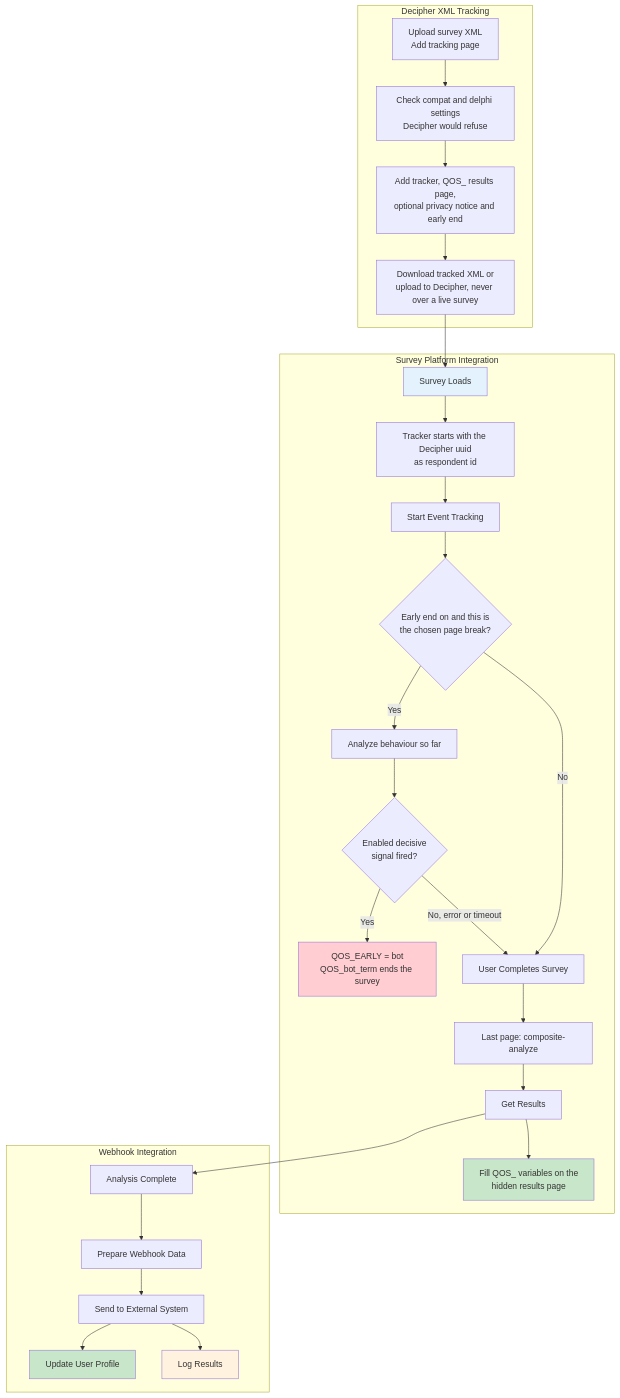
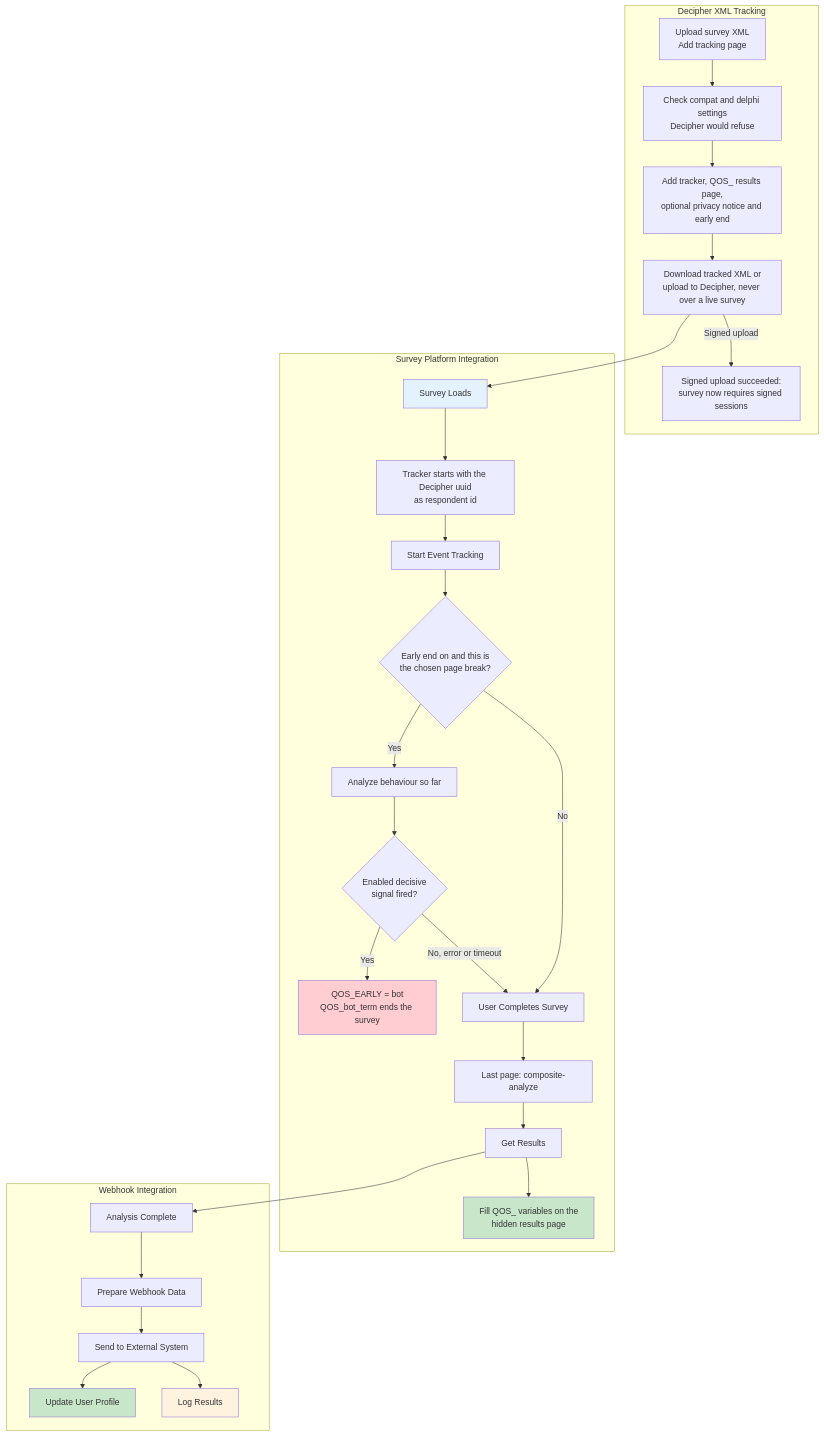
The eighth of 15 diagrams in bot_detection_flow.md (halderavik/bot_detection_live), drawn with Mermaid before and after one commit. The commit also changed other lines of this file and 34 other files, not shown here.

````diff
--- a/bot_detection_flow.md
+++ b/bot_detection_flow.md
@@ -660,58 +693,60 @@
 ```mermaid
 graph TB
     subgraph "Decipher XML Tracking"
         X1[Upload survey XML<br/>Add tracking page]
         X2[Check compat and delphi settings<br/>Decipher would refuse]
         X3[Add tracker, QOS_ results page,<br/>optional privacy notice and early end]
         X4[Download tracked XML or<br/>upload to Decipher, never over a live survey]
+        X5[Signed upload succeeded:<br/>survey now requires signed sessions]
     end
     
     subgraph "Survey Platform Integration"
         A[Survey Loads]
         B[Tracker starts with the Decipher uuid<br/>as respondent id]
         C[Start Event Tracking]
         C1{Early end on and this is<br/>the chosen page break?}
         C2[Analyze behaviour so far]
         C3{Enabled decisive<br/>signal fired?}
         C4[QOS_EARLY = bot<br/>QOS_bot_term ends the survey]
         D[User Completes Survey]
         E[Last page: composite-analyze]
         F[Get Results]
         G[Fill QOS_ variables on the<br/>hidden results page]
     end
     
     subgraph "Webhook Integration"
         H[Analysis Complete]
         I[Prepare Webhook Data]
         J[Send to External System]
         K[Update User Profile]
         L[Log Results]
     end
     
     X1 --> X2
     X2 --> X3
     X3 --> X4
+    X4 -->|Signed upload| X5
     X4 --> A
     A --> B
     B --> C
     C --> C1
     C1 -->|No| D
     C1 -->|Yes| C2
     C2 --> C3
     C3 -->|Yes| C4
     C3 -->|No, error or timeout| D
     D --> E
     E --> F
     F --> G
     F --> H
     H --> I
     I --> J
     J --> K
     J --> L
     
     style A fill:#e3f2fd
     style G fill:#c8e6c9
     style C4 fill:#ffcdd2
     style K fill:#c8e6c9
     style L fill:#fff3e0
 ```
````
